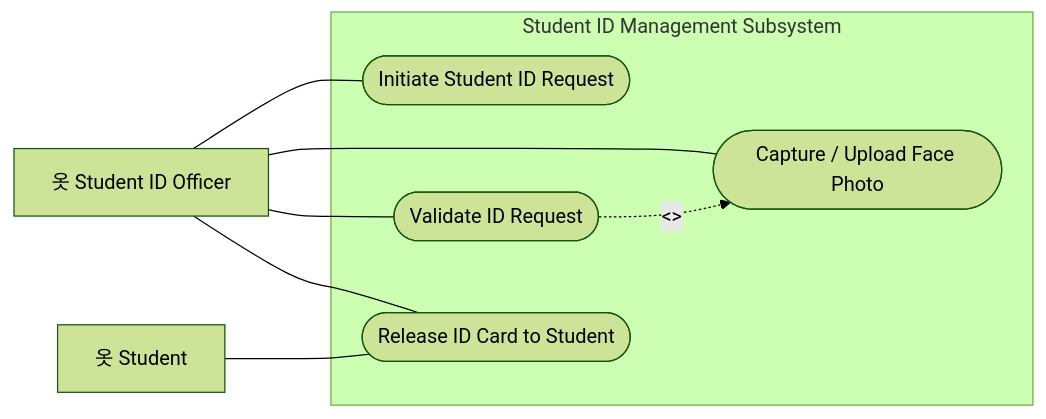
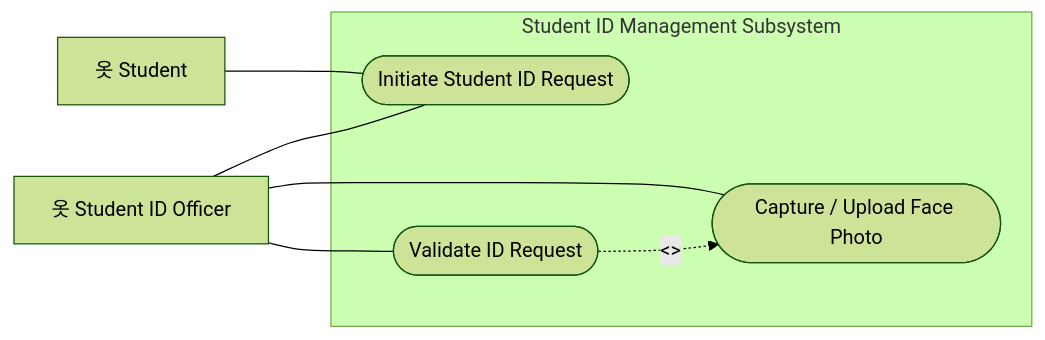
Diagram 15 of 17 in Documentation/Use-Case-Diagram-Guide.md (kirbygeagonia-create/EnrollmentManagementSystem), drawn with Mermaid (forest theme) before and after one commit. The commit also changed other lines of this file and 146 other files, not shown here.

````diff
--- a/Documentation/Use-Case-Diagram-Guide.md
+++ b/Documentation/Use-Case-Diagram-Guide.md
@@ -708,21 +708,19 @@
 ```mermaid
 flowchart LR
     A_IDO["옷 Student ID Officer"]
     A_Stud["옷 Student"]
 
     subgraph SYSTEM ["Student ID Management Subsystem"]
         UC_ID01(["Initiate Student ID Request"])
         UC_ID02(["Capture / Upload Face Photo"])
         UC_ID03(["Validate ID Request"])
-        UC_ID04(["Release ID Card to Student"])
     end
 
     A_IDO --- UC_ID01
     A_IDO --- UC_ID02
     A_IDO --- UC_ID03
-    A_IDO --- UC_ID04
 
-    A_Stud --- UC_ID04
+    A_Stud --- UC_ID01
 
     UC_ID03 -.->|"<<include>>"| UC_ID02
 ```
````
